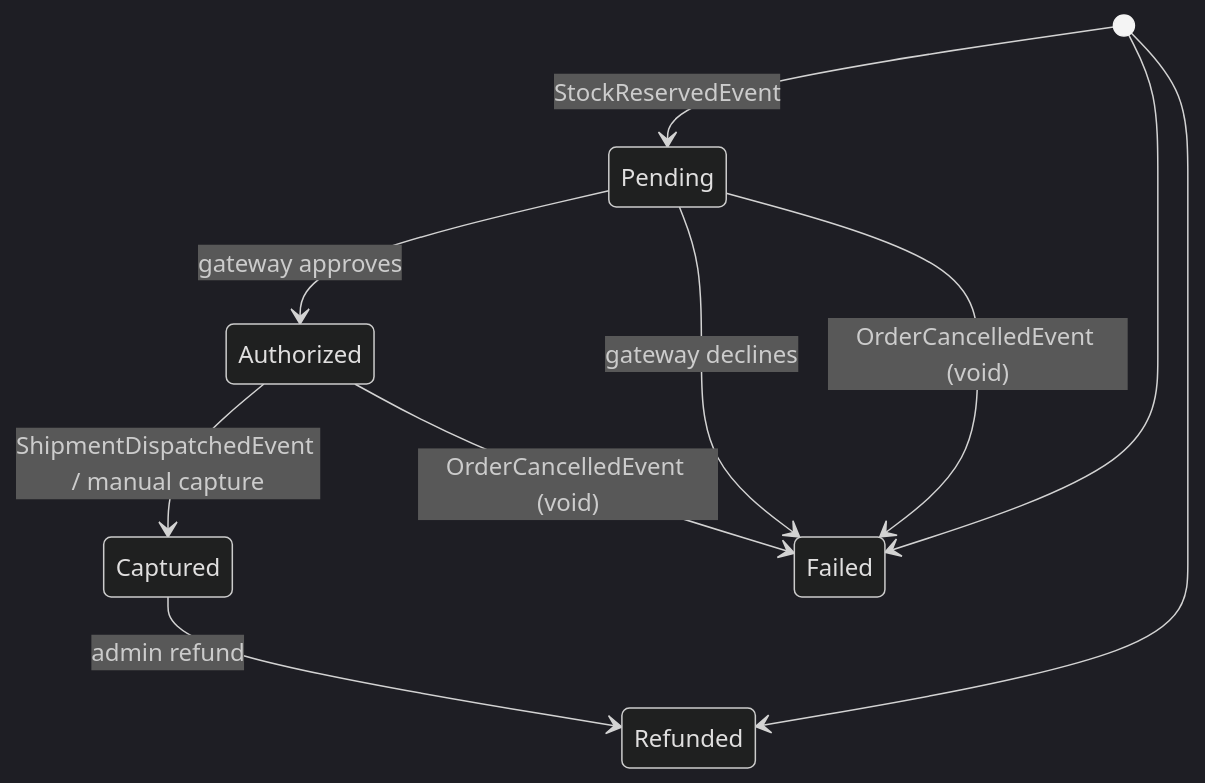
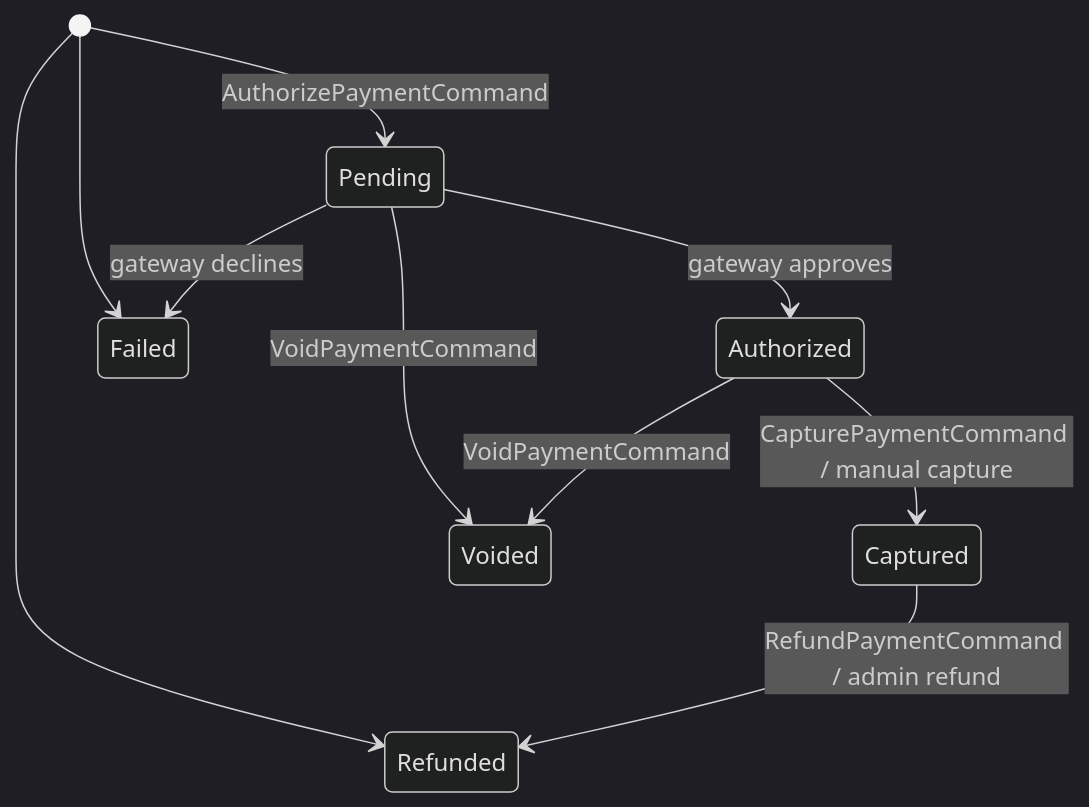
One commit to daonhan/Microservices-in-.NET changed the diagram in docs/wiki/Service-Payment.md. Above: the diagram before and after it, drawn with Mermaid (dark theme). The commit also changed other lines of this file and 18 other files, not shown here.

First line of the commit message:
docs(saga): orchestrator-led sequence + command catalog (Phase 3) [#141]

````diff
--- a/docs/wiki/Service-Payment.md
+++ b/docs/wiki/Service-Payment.md
@@ -38,12 +38,12 @@
 ```mermaid
 stateDiagram-v2
-    [*] --> Pending: StockReservedEvent
+    [*] --> Pending: AuthorizePaymentCommand
     Pending --> Authorized: gateway approves
     Pending --> Failed: gateway declines
-    Authorized --> Captured: ShipmentDispatchedEvent / manual capture
-    Captured --> Refunded: admin refund
-    Authorized --> Failed: OrderCancelledEvent (void)
-    Pending --> Failed: OrderCancelledEvent (void)
+    Authorized --> Captured: CapturePaymentCommand / manual capture
+    Captured --> Refunded: RefundPaymentCommand / admin refund
+    Authorized --> Voided: VoidPaymentCommand
+    Pending --> Voided: VoidPaymentCommand
     [*] --> Failed
     [*] --> Refunded
 ```
````
